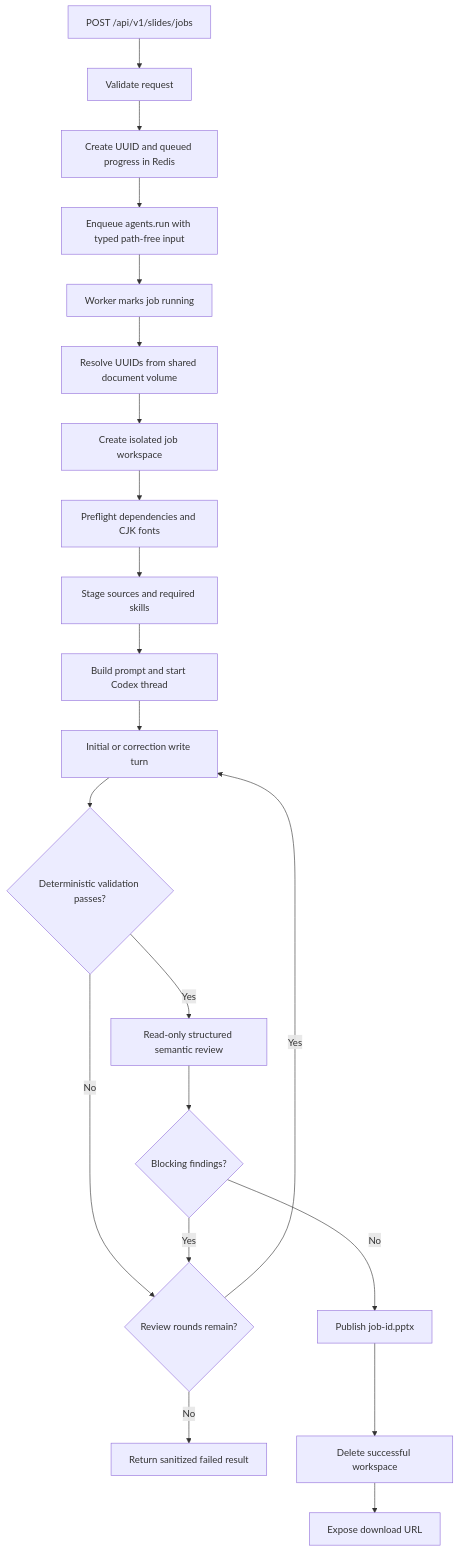
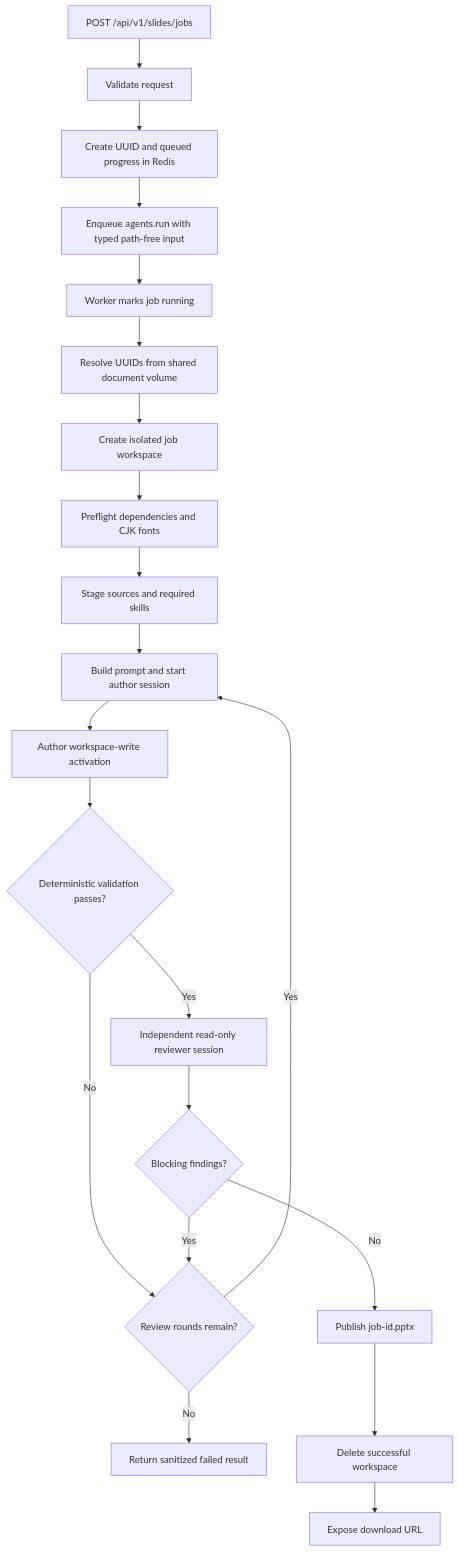
Before and after one commit to Marcodez811/NHI-AI: the second of 2 diagrams in backend/README.md, drawn with Mermaid. The commit also changed other lines of this file and 109 other files, not shown here.

````diff
--- a/backend/README.md
+++ b/backend/README.md
@@ -247,23 +216,23 @@
 ```mermaid
 flowchart TD
     A[POST /api/v1/slides/jobs] --> B[Validate request]
     B --> C[Create UUID and queued progress in Redis]
     C --> D[Enqueue agents.run with typed path-free input]
     D --> E[Worker marks job running]
     E --> F[Resolve UUIDs from shared document volume]
     F --> G[Create isolated job workspace]
     G --> H[Preflight dependencies and CJK fonts]
     H --> I[Stage sources and required skills]
-    I --> J[Build prompt and start Codex thread]
-    J --> K[Initial or correction write turn]
+    I --> J[Build prompt and start author session]
+    J --> K[Author workspace-write activation]
     K --> L{Deterministic validation passes?}
     L -->|No| M{Review rounds remain?}
-    M -->|Yes| K
+    M -->|Yes| J
     M -->|No| X[Return sanitized failed result]
-    L -->|Yes| N[Read-only structured semantic review]
+    L -->|Yes| N[Independent read-only reviewer session]
     N --> O{Blocking findings?}
     O -->|Yes| M
     O -->|No| P[Publish job-id.pptx]
     P --> Q[Delete successful workspace]
     Q --> R[Expose download URL]
 ```
````
